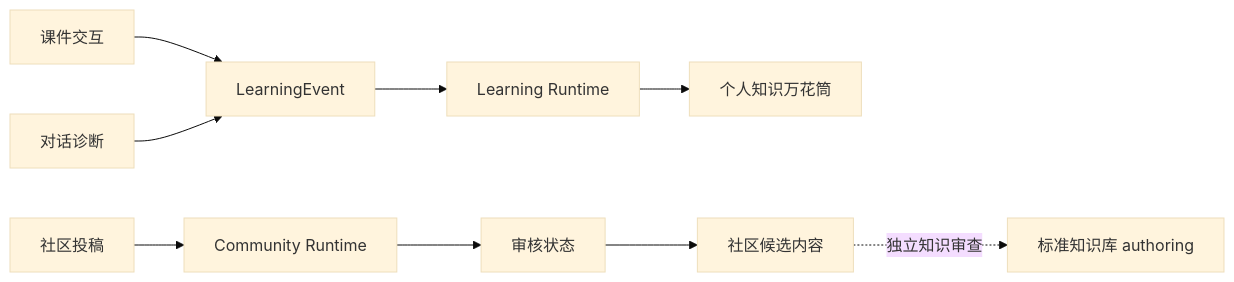
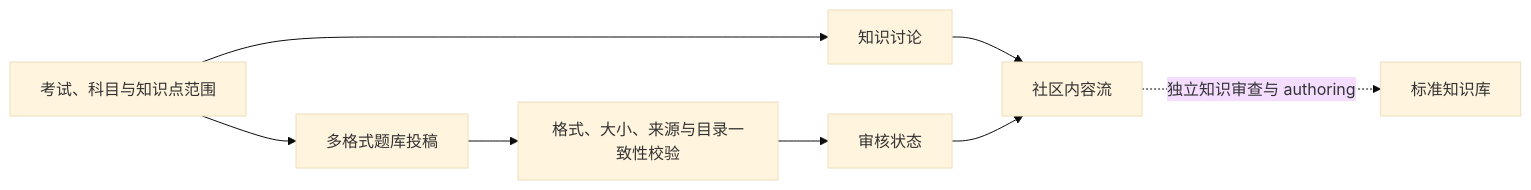
Before and after one commit to umico8832/AiStu: the fifth of 5 diagrams in docs/ARCHITECTURE.md, drawn with Mermaid (base theme). The commit also changed other lines of this file and 516 other files, not shown here.

````diff
--- a/docs/ARCHITECTURE.md
+++ b/docs/ARCHITECTURE.md
@@ -547,11 +257,10 @@
 ```mermaid
 flowchart LR
-    V["课件交互"] --> E["LearningEvent"]
-    C["对话诊断"] --> E
-    E --> L["Learning Runtime"]
-    L --> P["个人知识万花筒"]
-    U["社区投稿"] --> S["Community Runtime"]
-    S --> R["审核状态"]
-    R --> Q["社区候选内容"]
-    Q -. 独立知识审查 .-> K["标准知识库 authoring"]
+    D["考试、科目与知识点范围"] --> T["知识讨论"]
+    D --> S["多格式题库投稿"]
+    T --> C["社区内容流"]
+    S --> V["格式、大小、来源与目录一致性校验"]
+    V --> R["审核状态"]
+    R --> C
+    C -. "独立知识审查与 authoring" .-> K["标准知识库"]
 ```
````
